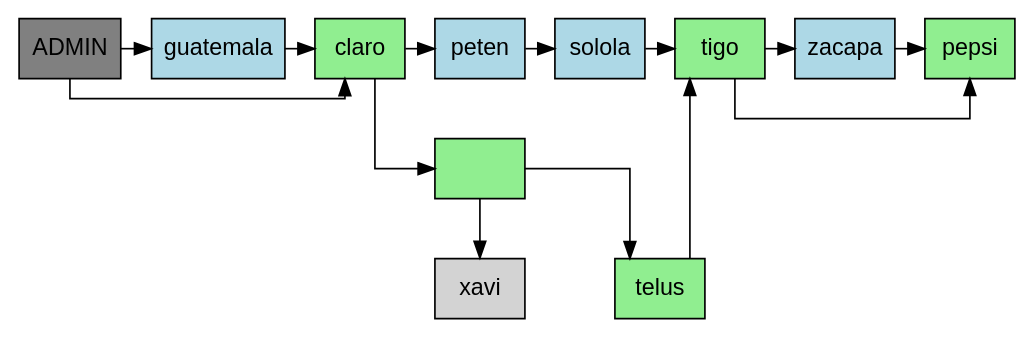
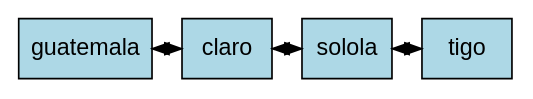
Before and after one commit to DavidVelasquez77/EDD_PROYECTO1: the diagram in output/reporte_matriz.dot, drawn with Graphviz. The commit also changed 3 other files, not shown here.

```diff
--- a/output/reporte_matriz.dot
+++ b/output/reporte_matriz.dot
@@ -1,32 +1,9 @@
 digraph MatrizDispersa {
-  node [shape=box, style=filled, fontname=Arial];
-  splines=ortho;
+  node [shape=box, style=filled, fillcolor=lightblue, fontname=Arial];
+  edge [dir=both];
   rankdir=TB;
-  "ADMIN" [fillcolor=gray, group=1, pos="0,0!"];
-  "guatemala" [fillcolor=lightblue, group=2, pos="2,0!"];
-  "ADMIN" -> "guatemala";
-  "claro" [fillcolor=lightblue, group=3, pos="3,0!"];
+  { rank=same; "guatemala" "claro" "solola" "tigo" }
   "guatemala" -> "claro";
-  "peten" [fillcolor=lightblue, group=4, pos="4,0!"];
-  "claro" -> "peten";
-  "solola" [fillcolor=lightblue, group=5, pos="5,0!"];
-  "peten" -> "solola";
-  "tigo" [fillcolor=lightblue, group=6, pos="6,0!"];
+  "claro" -> "solola";
   "solola" -> "tigo";
-  "zacapa" [fillcolor=lightblue, group=7, pos="7,0!"];
-  "tigo" -> "zacapa";
-  "pepsi" [fillcolor=lightblue, group=8, pos="8,0!"];
-  "zacapa" -> "pepsi";
-  "claro" [fillcolor=lightgreen, group=1, pos="0,-1!"];
-  "ADMIN" -> "claro";
-  "" [fillcolor=lightgreen, group=1, pos="0,-2!"];
-  "claro" -> "";
-  "telus" [fillcolor=lightgreen, group=1, pos="0,-3!"];
-  "" -> "telus";
-  "tigo" [fillcolor=lightgreen, group=1, pos="0,-4!"];
-  "telus" -> "tigo";
-  "pepsi" [fillcolor=lightgreen, group=1, pos="0,-5!"];
-  "tigo" -> "pepsi";
-  "" -> "xavi";
-  { rank=same; "ADMIN" "guatemala" "claro" "peten" "solola" "tigo" "zacapa" "pepsi" }
 }
```
